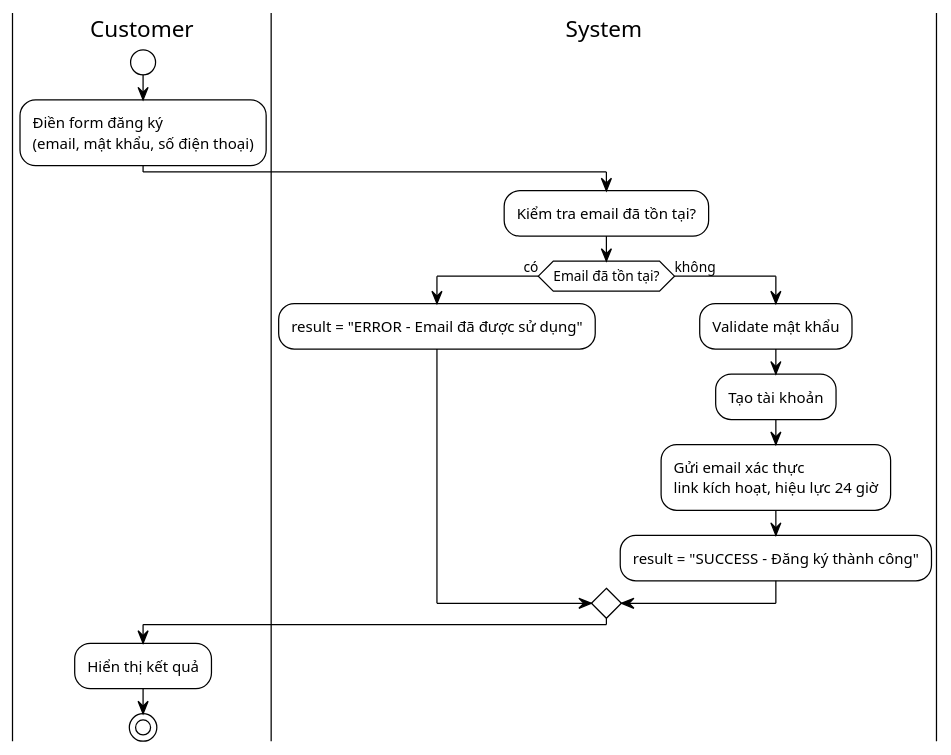
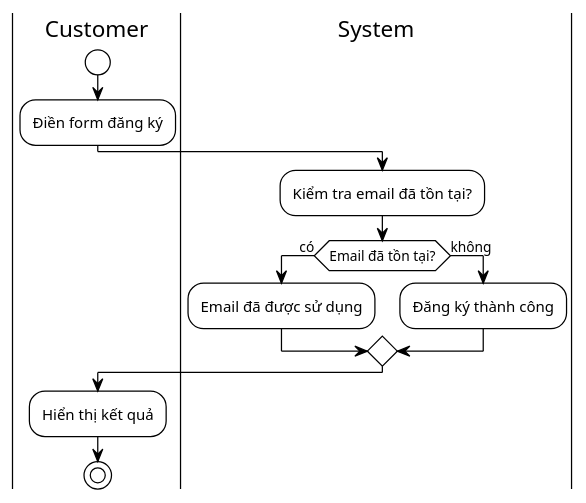
One commit to AnthanBiPhap/Khachsan changed the diagram in Phân tích hệ thống/Sơ đồ hoạt động/ACTIVITY_DIAGRAM_DANG_KY.puml. Above: the diagram before and after it, drawn with PlantUML. The commit also changed 65 other files, not shown here.

```diff
--- a/Phân tích hệ thống/Sơ đồ hoạt động/ACTIVITY_DIAGRAM_DANG_KY.puml
+++ b/Phân tích hệ thống/Sơ đồ hoạt động/ACTIVITY_DIAGRAM_DANG_KY.puml
@@ -1,23 +1,20 @@
 @startuml Activity_Dang_Ky
 !theme plain
 
 |Customer|
 start
-:Điền form đăng ký\n(email, mật khẩu, số điện thoại);
+:Điền form đăng ký;
 
 |System|
 :Kiểm tra email đã tồn tại?;
 if (Email đã tồn tại?) then (có)
-    :result = "ERROR - Email đã được sử dụng";
+    :Email đã được sử dụng;
 else (không)
-    :Validate mật khẩu;
-    :Tạo tài khoản;
-    :Gửi email xác thực\nlink kích hoạt, hiệu lực 24 giờ;
-    :result = "SUCCESS - Đăng ký thành công";
+    :Đăng ký thành công;
 endif
 
 |Customer|
 :Hiển thị kết quả;
 stop
 
 @enduml
```
